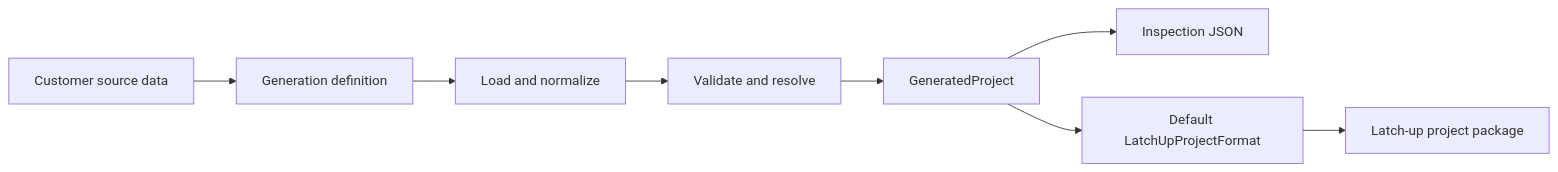
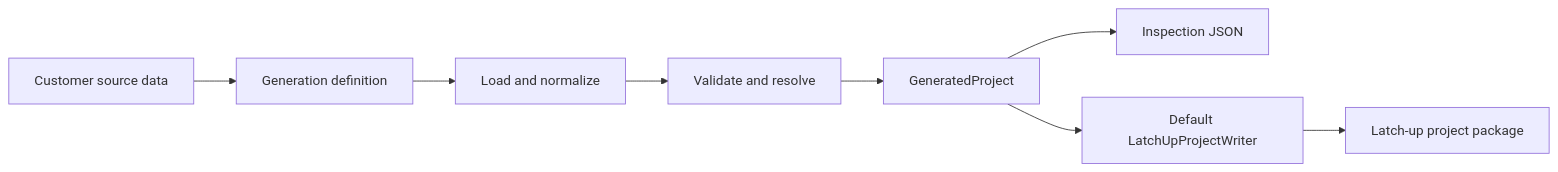
The diagram in README.md (ESDEMC/project-generation), drawn with Mermaid before and after one commit. The commit also changed other lines of this file and 53 other files, not shown here.

````diff
--- a/README.md
+++ b/README.md
@@ -33,10 +35,10 @@
 ```mermaid
 flowchart LR
     A[Customer source data] --> B[Generation definition]
     B --> C[Load and normalize]
     C --> D[Validate and resolve]
     D --> E[GeneratedProject]
     E --> F[Inspection JSON]
-    E --> G[Default LatchUpProjectFormat]
+    E --> G[Default LatchUpProjectWriter]
     G --> H[Latch-up project package]
 ```
````
